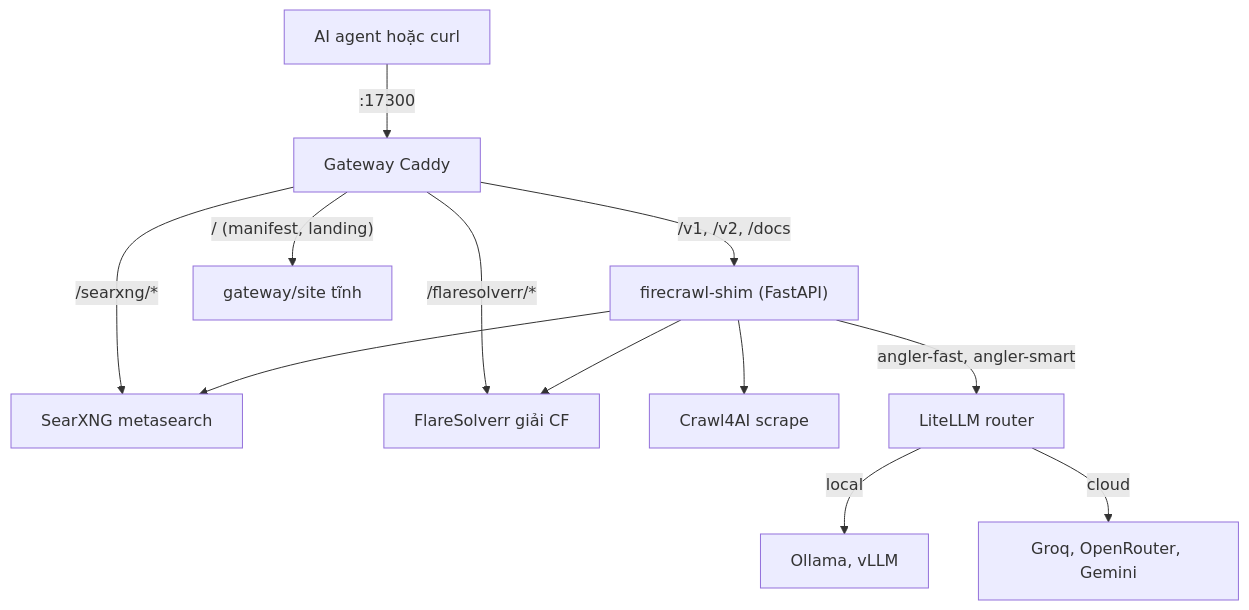
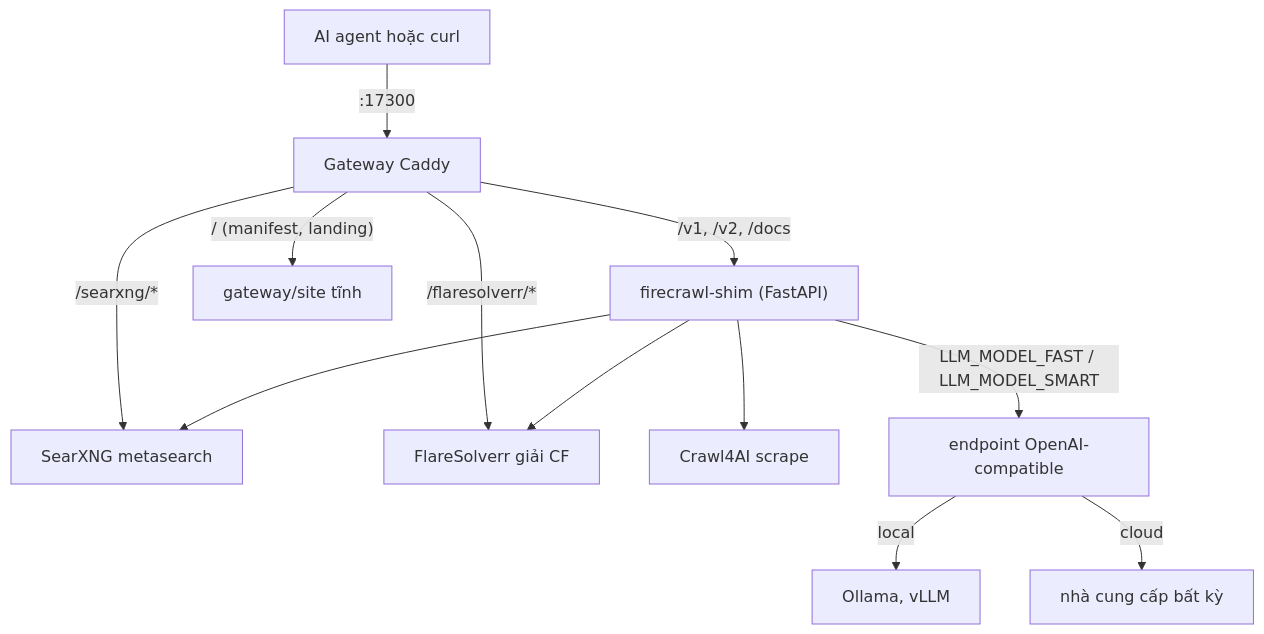
Before and after one commit to tetravn/angler-crawl: the first of 6 diagrams in docs/THIET-KE-KY-THUAT.md, drawn with Mermaid. The commit also changed other lines of this file and 17 other files, not shown here.

First line of the commit message:
refactor(llm): bỏ service litellm, shim gọi thẳng endpoint OpenAI-compatible

````diff
--- a/docs/THIET-KE-KY-THUAT.md
+++ b/docs/THIET-KE-KY-THUAT.md
@@ -29,15 +29,15 @@
 ```mermaid
 graph TD
   client["AI agent hoặc curl"] -->|":17300"| gw["Gateway Caddy"]
   gw -->|"/v1, /v2, /docs"| shim["firecrawl-shim (FastAPI)"]
   gw -->|"/searxng/*"| sx["SearXNG metasearch"]
   gw -->|"/flaresolverr/*"| fs["FlareSolverr giải CF"]
   c4["Crawl4AI scrape"]
   gw -->|"/ (manifest, landing)"| site["gateway/site tĩnh"]
   shim --> c4
   shim --> fs
   shim --> sx
-  shim -->|"angler-fast, angler-smart"| ll["LiteLLM router"]
-  ll -->|"local"| ol["Ollama, vLLM"]
-  ll -->|"cloud"| cl["Groq, OpenRouter, Gemini"]
+  shim -->|"LLM_MODEL_FAST / LLM_MODEL_SMART"| llm["endpoint OpenAI-compatible"]
+  llm -->|"local"| ol["Ollama, vLLM"]
+  llm -->|"cloud"| cl["nhà cung cấp bất kỳ"]
 ```
````
